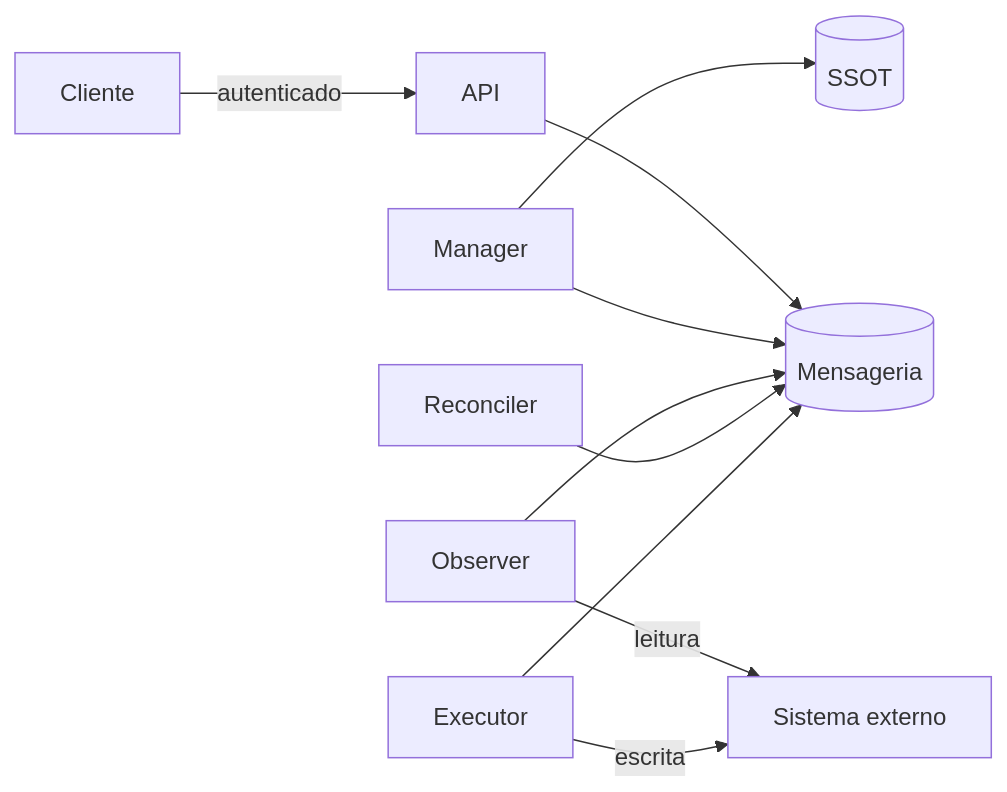
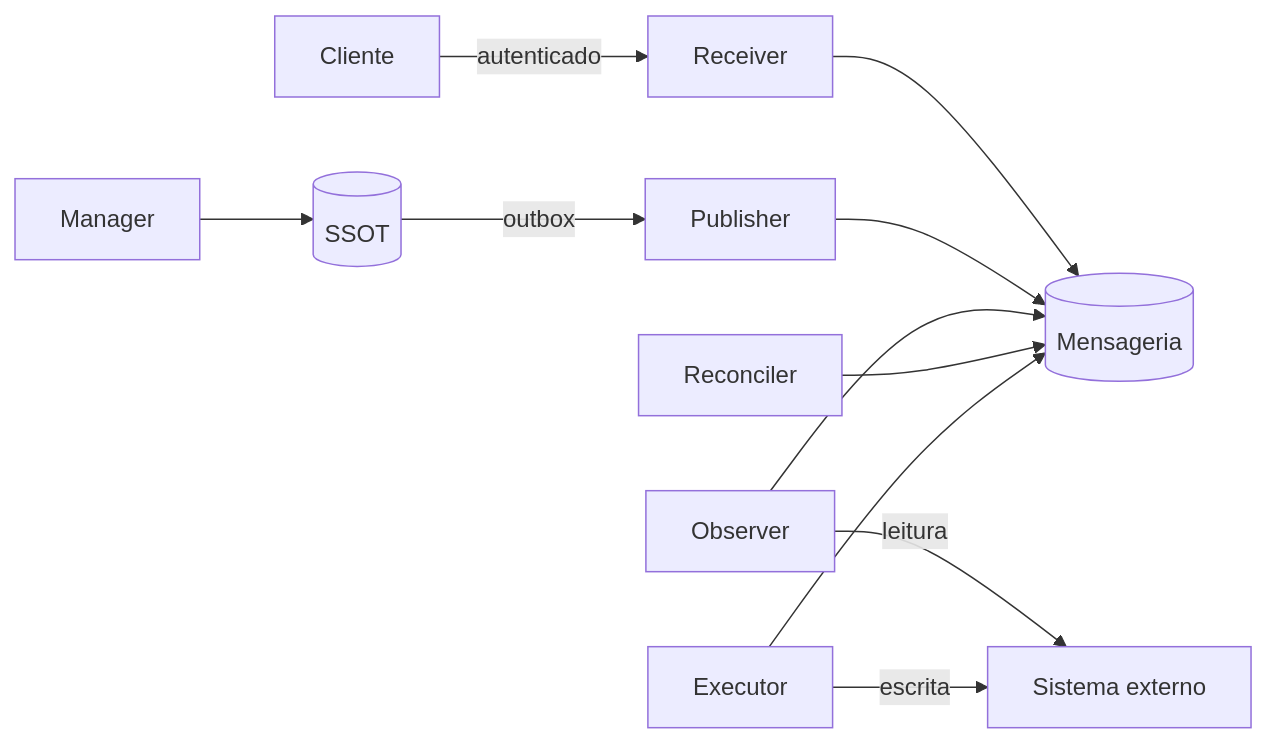
One commit to danielsabatini/smarkee changed the diagram in docs/RESOURCE-CONTROL-SECURITY.md. Above: the diagram before and after it, drawn with Mermaid. The commit also changed other lines of this file and 17 other files, not shown here.

Commit message:
docs(specs): atualiza especificações do loop, mensageria, SSOT e regras de agentes

````diff
--- a/docs/RESOURCE-CONTROL-SECURITY.md
+++ b/docs/RESOURCE-CONTROL-SECURITY.md
@@ -84,14 +84,15 @@
 ```mermaid
 flowchart LR
 
-    Client[Cliente] -->|autenticado| API
-    API --> Bus[(Mensageria)]
-    Manager --> Bus
+    Client[Cliente] -->|autenticado| Receiver
+    Receiver --> Bus[(Mensageria)]
+    Publisher["Publisher"] --> Bus
     Observer --> Bus
     Reconciler --> Bus
     Executor --> Bus
 
     Manager --> SSOT[(SSOT)]
+    SSOT -->|outbox| Publisher
     Observer -->|leitura| External[Sistema externo]
     Executor -->|escrita| External
 ```
````
